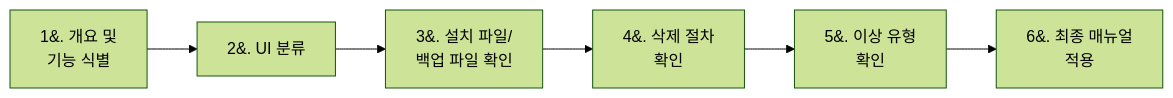
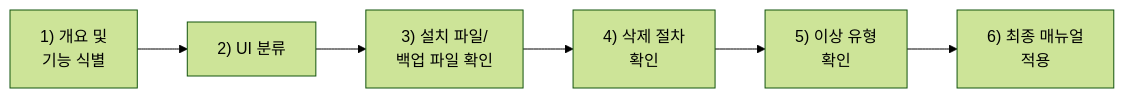
The fifth of 14 diagrams in _posts/2026-07-19-eip-application-packaging-study-2.md (sungjin-dev/sungjin-dev.github.io), drawn with Mermaid (forest theme) before and after one commit.

````diff
--- a/_posts/2026-07-19-eip-application-packaging-study-2.md
+++ b/_posts/2026-07-19-eip-application-packaging-study-2.md
@@ -328,8 +328,8 @@
 ```mermaid
 flowchart LR
-    A["1&#46; 개요 및<br>기능 식별"] --> B["2&#46; UI 분류"]
-    B --> C["3&#46; 설치 파일/<br>백업 파일 확인"]
-    C --> D["4&#46; 삭제 절차<br>확인"]
-    D --> E["5&#46; 이상 유형<br>확인"]
-    E --> F["6&#46; 최종 매뉴얼<br>적용"]
+    A["1) 개요 및<br>기능 식별"] --> B["2) UI 분류"]
+    B --> C["3) 설치 파일/<br>백업 파일 확인"]
+    C --> D["4) 삭제 절차<br>확인"]
+    D --> E["5) 이상 유형<br>확인"]
+    E --> F["6) 최종 매뉴얼<br>적용"]
 ```
````
